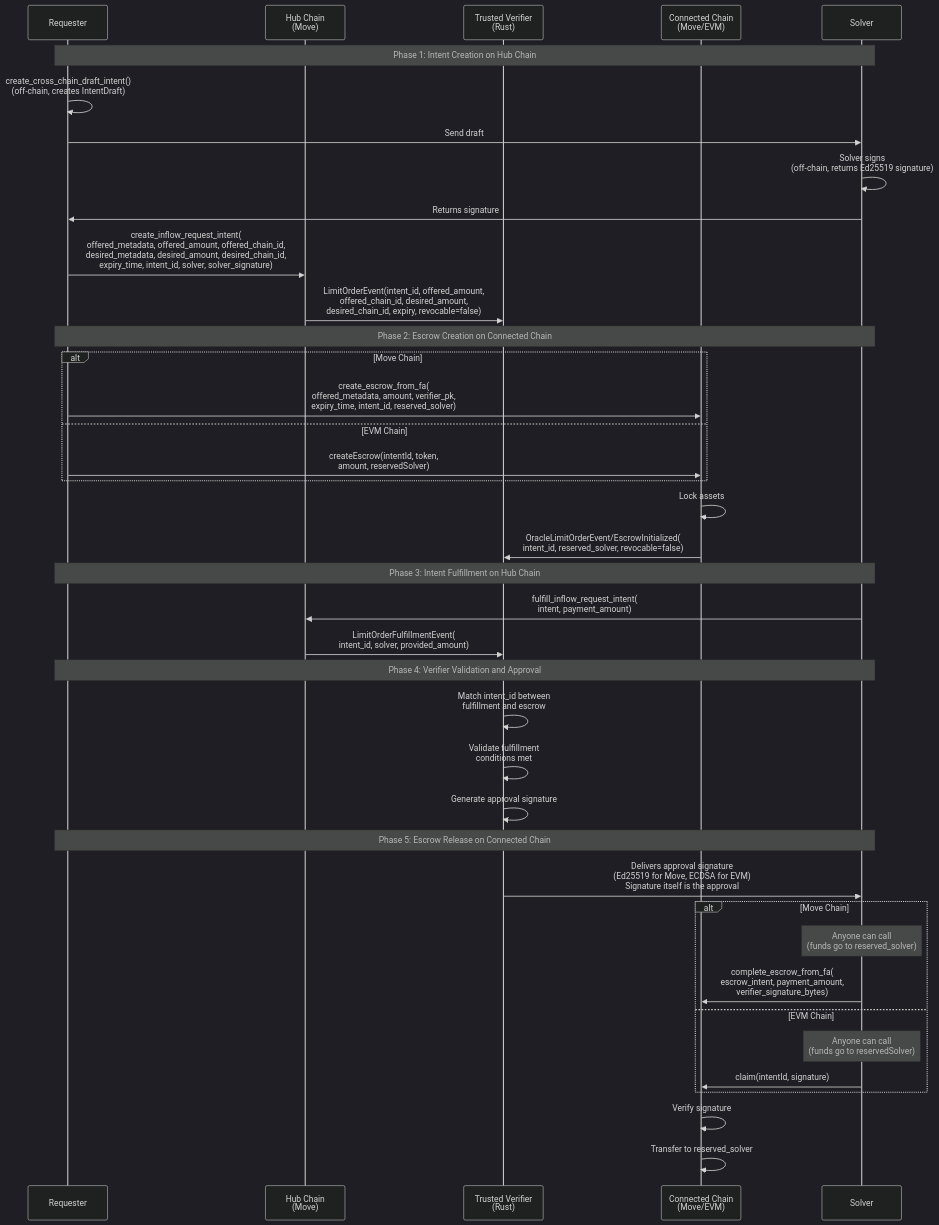
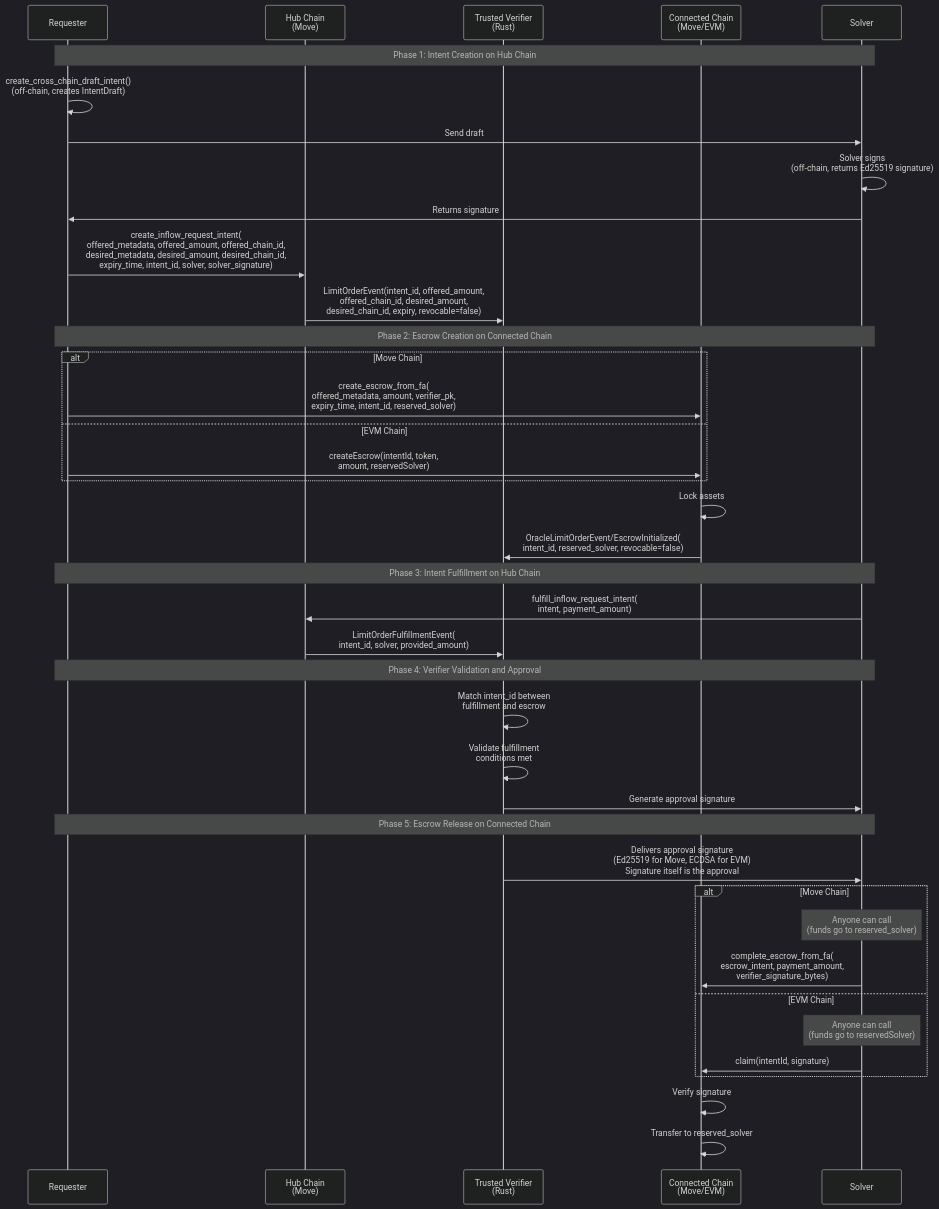
One commit to movementlabsxyz/intent-framework changed the first of 4 diagrams in docs/protocol.md. Above: the diagram before and after it, drawn with Mermaid (dark theme). The commit also changed 2 other files, not shown here.

Commit message:
docs: standardize sequence diagrams and improve conception_inflow.md
- Standardize participant order in all sequence diagrams (Requester, Hub Chain, Verifier, Connected Chain, Solver)
- Fix 'Generate approval signature' arrows to point from Verifier to Solver
- Update terminology: 'Move' to 'MOVE', 'intent' to 'request-intent' where appropriate
- Improve scenario descriptions and formatting in conception_inflow.md
- Add missing bullet point about requesting signed quote from solver

Documentation-only changes

````diff
--- a/docs/protocol.md
+++ b/docs/protocol.md
@@ -28,46 +28,46 @@
 ```mermaid
 sequenceDiagram
     participant Requester
     participant Hub as Hub Chain<br/>(Move)
     participant Verifier as Trusted Verifier<br/>(Rust)
     participant Connected as Connected Chain<br/>(Move/EVM)
     participant Solver
 
     Note over Requester,Solver: Phase 1: Intent Creation on Hub Chain
     Requester->>Requester: create_cross_chain_draft_intent()<br/>(off-chain, creates IntentDraft)
     Requester->>Solver: Send draft
     Solver->>Solver: Solver signs<br/>(off-chain, returns Ed25519 signature)
     Solver->>Requester: Returns signature
     Requester->>Hub: create_inflow_request_intent(<br/>offered_metadata, offered_amount, offered_chain_id,<br/>desired_metadata, desired_amount, desired_chain_id,<br/>expiry_time, intent_id, solver, solver_signature)
     Hub->>Verifier: LimitOrderEvent(intent_id, offered_amount,<br/>offered_chain_id, desired_amount,<br/>desired_chain_id, expiry, revocable=false)
 
     Note over Requester,Solver: Phase 2: Escrow Creation on Connected Chain
     alt Move Chain
         Requester->>Connected: create_escrow_from_fa(<br/>offered_metadata, amount, verifier_pk,<br/>expiry_time, intent_id, reserved_solver)
     else EVM Chain
         Requester->>Connected: createEscrow(intentId, token,<br/>amount, reservedSolver)
     end
     Connected->>Connected: Lock assets
     Connected->>Verifier: OracleLimitOrderEvent/EscrowInitialized(<br/>intent_id, reserved_solver, revocable=false)
 
     Note over Requester,Solver: Phase 3: Intent Fulfillment on Hub Chain
     Solver->>Hub: fulfill_inflow_request_intent(<br/>intent, payment_amount)
     Hub->>Verifier: LimitOrderFulfillmentEvent(<br/>intent_id, solver, provided_amount)
 
     Note over Requester,Solver: Phase 4: Verifier Validation and Approval
     Verifier->>Verifier: Match intent_id between<br/>fulfillment and escrow
     Verifier->>Verifier: Validate fulfillment<br/>conditions met
-    Verifier->>Verifier: Generate approval signature
+    Verifier->>Solver: Generate approval signature
 
     Note over Requester,Solver: Phase 5: Escrow Release on Connected Chain
     Verifier->>Solver: Delivers approval signature<br/>(Ed25519 for Move, ECDSA for EVM)<br/>Signature itself is the approval
     alt Move Chain
         Note over Solver: Anyone can call<br/>(funds go to reserved_solver)
         Solver->>Connected: complete_escrow_from_fa(<br/>escrow_intent, payment_amount,<br/>verifier_signature_bytes)
     else EVM Chain
         Note over Solver: Anyone can call<br/>(funds go to reservedSolver)
         Solver->>Connected: claim(intentId, signature)
     end
     Connected->>Connected: Verify signature
     Connected->>Connected: Transfer to reserved_solver
 ```
````
